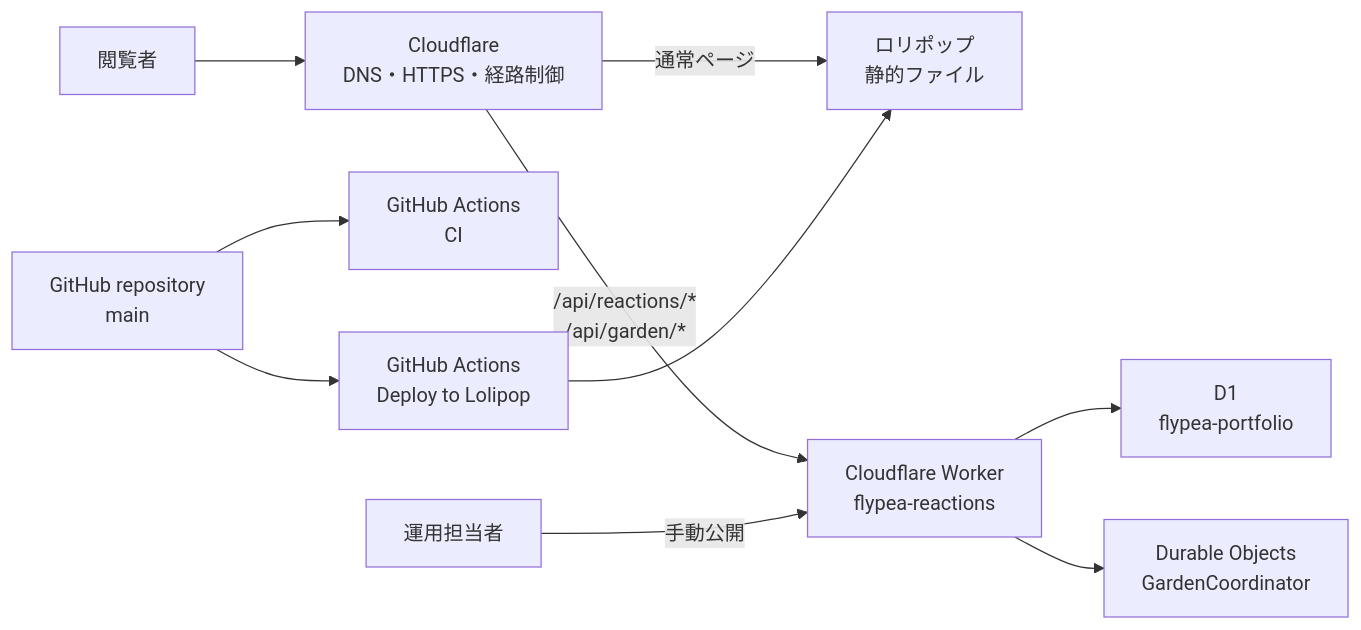
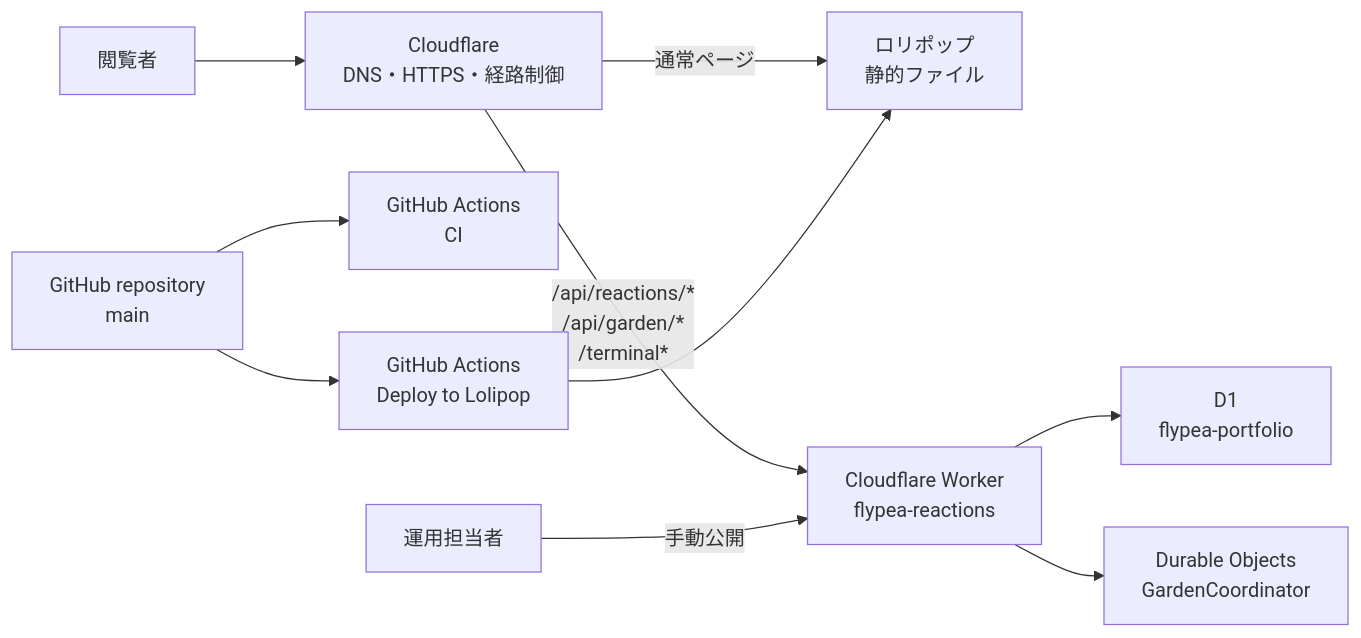
The diagram in docs/operations-manual.md (kujira-wak/flypea-portfolio), drawn with Mermaid before and after one commit. The commit also changed other lines of this file and 10 other files, not shown here.

````diff
--- a/docs/operations-manual.md
+++ b/docs/operations-manual.md
@@ -56,13 +56,13 @@
 ```mermaid
 flowchart LR
   visitor["閲覧者"] --> cf["Cloudflare<br>DNS・HTTPS・経路制御"]
   cf -->|通常ページ| lolipop["ロリポップ<br>静的ファイル"]
-  cf -->|/api/reactions/*<br>/api/garden/*| worker["Cloudflare Worker<br>flypea-reactions"]
+  cf -->|/api/reactions/*<br>/api/garden/*<br>/terminal*| worker["Cloudflare Worker<br>flypea-reactions"]
   worker --> d1["D1<br>flypea-portfolio"]
   worker --> durable["Durable Objects<br>GardenCoordinator"]
 
   repo["GitHub repository<br>main"] --> ci["GitHub Actions<br>CI"]
   repo --> deploy["GitHub Actions<br>Deploy to Lolipop"]
   deploy --> lolipop
   operator["運用担当者"] -->|手動公開| worker
 ```
````
